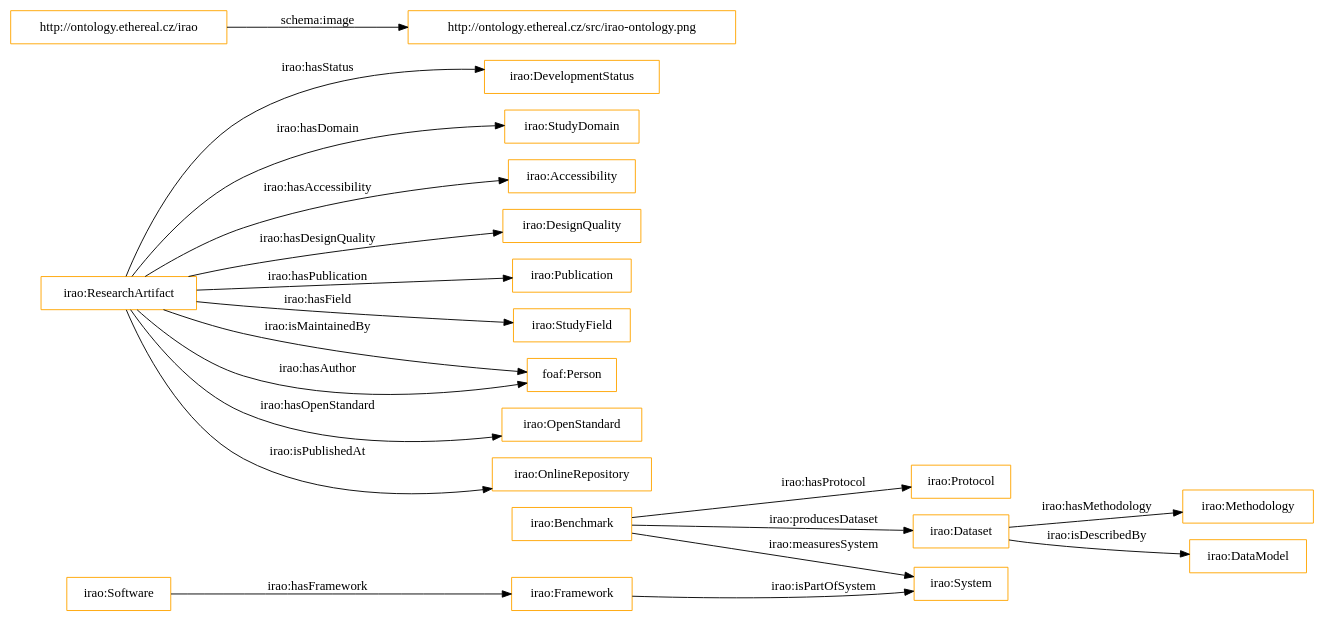
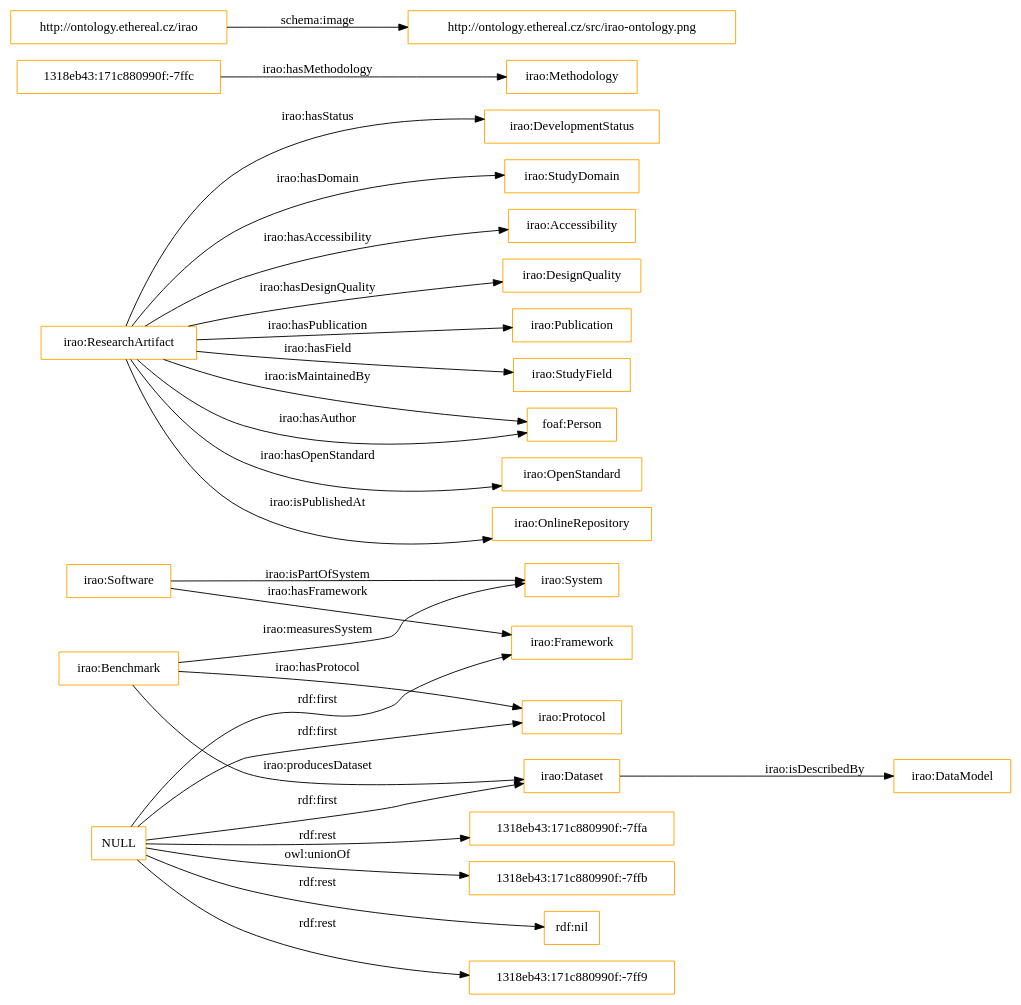
The diagram in OnToology/irao.owl/diagrams/ar2dtool-class/irao.owl.png.dot (nvbach91/research-artifacts-ontology), drawn with Graphviz before and after one commit. The commit also changed 13 other files, not shown here.

```diff
--- a/OnToology/irao.owl/diagrams/ar2dtool-class/irao.owl.png.dot
+++ b/OnToology/irao.owl/diagrams/ar2dtool-class/irao.owl.png.dot
@@ -1,24 +1,31 @@
 digraph ar2dtool_diagram { 
 rankdir=LR;
 size="1501"
-node [shape = rectangle, color="orange"]; "irao:Protocol" "irao:DevelopmentStatus" "irao:Software" "irao:Methodology" "irao:Framework" "irao:StudyDomain" "irao:Accessibility" "irao:ResearchArtifact" "irao:Benchmark" "irao:DesignQuality" "irao:DataModel" "irao:Dataset" "irao:Publication" "irao:StudyField" "foaf:Person" "irao:System" "irao:OpenStandard" "irao:OnlineRepository" ; /*classes style*/
+node [shape = rectangle, color="orange"]; "irao:Protocol" "irao:DevelopmentStatus" "irao:Software" "irao:Methodology" "1318eb43:171c880990f:-7ffc" "irao:Framework" "irao:StudyDomain" "irao:Accessibility" "irao:ResearchArtifact" "irao:Benchmark" "irao:DesignQuality" "irao:DataModel" "irao:Dataset" "irao:Publication" "irao:StudyField" "foaf:Person" "irao:System" "irao:OpenStandard" "irao:OnlineRepository" ; /*classes style*/
+	"NULL" -> "1318eb43:171c880990f:-7ffb" [ label = "owl:unionOf" ];
+	"NULL" -> "rdf:nil" [ label = "rdf:rest" ];
+	"NULL" -> "irao:Protocol" [ label = "rdf:first" ];
+	"NULL" -> "1318eb43:171c880990f:-7ff9" [ label = "rdf:rest" ];
+	"NULL" -> "irao:Framework" [ label = "rdf:first" ];
+	"NULL" -> "1318eb43:171c880990f:-7ffa" [ label = "rdf:rest" ];
+	"NULL" -> "irao:Dataset" [ label = "rdf:first" ];
 	"http://ontology.ethereal.cz/irao" -> "http://ontology.ethereal.cz/src/irao-ontology.png" [ label = "schema:image" ];
 	"irao:ResearchArtifact" -> "irao:OnlineRepository" [ label = "irao:isPublishedAt" ];
 	"irao:ResearchArtifact" -> "irao:DesignQuality" [ label = "irao:hasDesignQuality" ];
 	"irao:ResearchArtifact" -> "irao:StudyDomain" [ label = "irao:hasDomain" ];
-	"irao:Dataset" -> "irao:Methodology" [ label = "irao:hasMethodology" ];
+	"1318eb43:171c880990f:-7ffc" -> "irao:Methodology" [ label = "irao:hasMethodology" ];
 	"irao:Dataset" -> "irao:DataModel" [ label = "irao:isDescribedBy" ];
 	"irao:Benchmark" -> "irao:System" [ label = "irao:measuresSystem" ];
 	"irao:ResearchArtifact" -> "irao:StudyField" [ label = "irao:hasField" ];
 	"irao:ResearchArtifact" -> "irao:Publication" [ label = "irao:hasPublication" ];
 	"irao:ResearchArtifact" -> "irao:DevelopmentStatus" [ label = "irao:hasStatus" ];
 	"irao:Benchmark" -> "irao:Protocol" [ label = "irao:hasProtocol" ];
 	"irao:ResearchArtifact" -> "foaf:Person" [ label = "irao:isMaintainedBy" ];
 	"irao:ResearchArtifact" -> "foaf:Person" [ label = "irao:hasAuthor" ];
 	"irao:Software" -> "irao:Framework" [ label = "irao:hasFramework" ];
 	"irao:Benchmark" -> "irao:Dataset" [ label = "irao:producesDataset" ];
 	"irao:ResearchArtifact" -> "irao:Accessibility" [ label = "irao:hasAccessibility" ];
 	"irao:ResearchArtifact" -> "irao:OpenStandard" [ label = "irao:hasOpenStandard" ];
-	"irao:Framework" -> "irao:System" [ label = "irao:isPartOfSystem" ];
+	"irao:Software" -> "irao:System" [ label = "irao:isPartOfSystem" ];
 
 }
```
